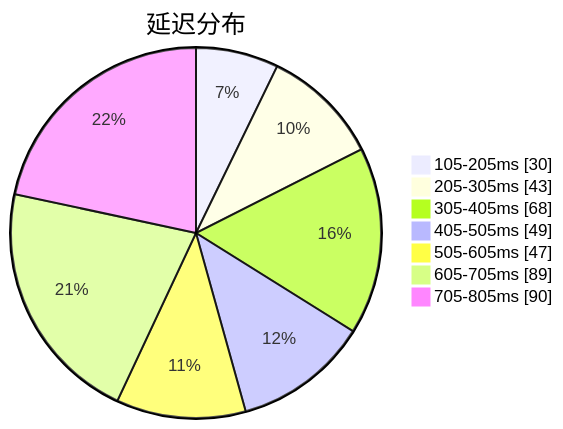
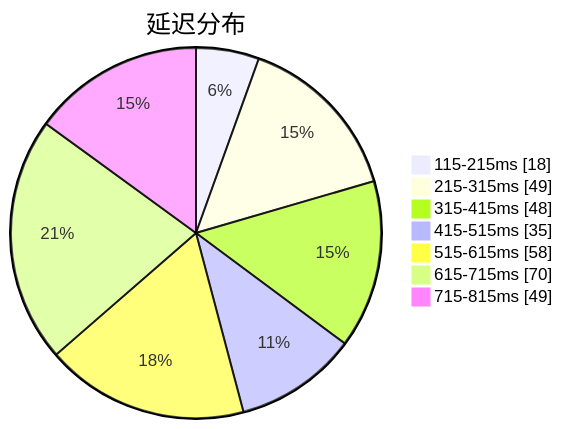
Before and after one commit to sinspired/airport: the first of 3 diagrams in subs/statistics/tested_within.md, drawn with Mermaid. The commit also changed other lines of this file and 2 other files, not shown here.

````diff
--- a/subs/statistics/tested_within.md
+++ b/subs/statistics/tested_within.md
@@ -2,11 +2,11 @@
 ```mermaid
 pie showData
 title 延迟分布
-"105-205ms" : 30
-"205-305ms" : 43
-"305-405ms" : 68
-"405-505ms" : 49
-"505-605ms" : 47
-"605-705ms" : 89
-"705-805ms" : 90
+"115-215ms" : 18
+"215-315ms" : 49
+"315-415ms" : 48
+"415-515ms" : 35
+"515-615ms" : 58
+"615-715ms" : 70
+"715-815ms" : 49
 ```
````
